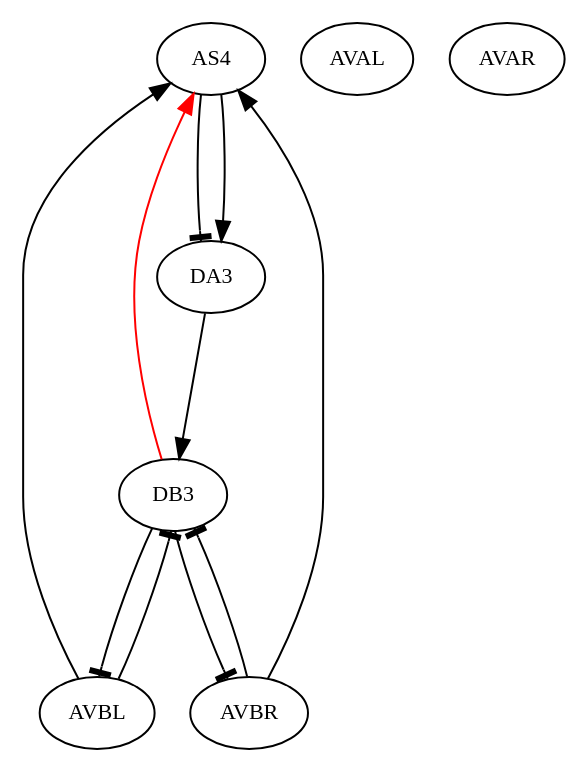
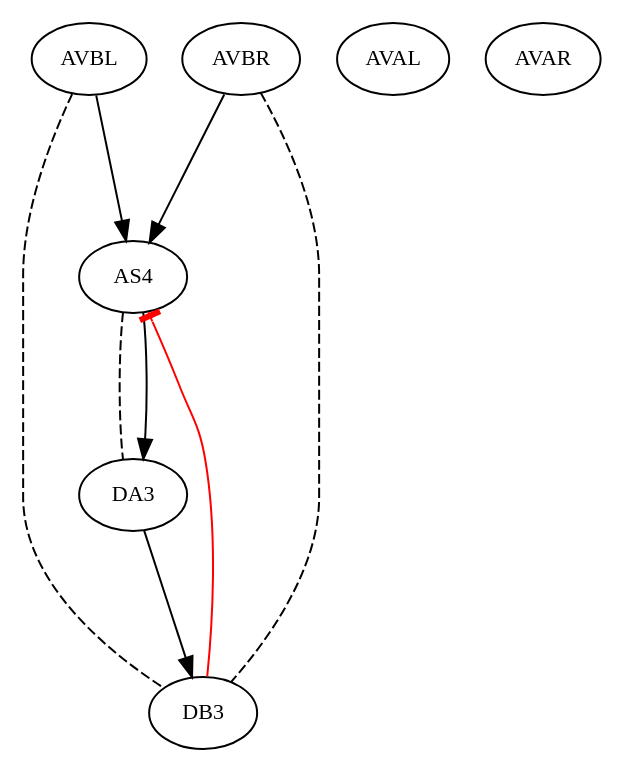
One commit to lungd/nml_to_graph changed the diagram in AS4-DA3-DB3_case23/generated_files/c302_C2_AS4_DA3_DB3.gv. Above: the diagram before and after it, drawn with Graphviz. The commit also changed 4 other files, not shown here.

Commit message:
Add GJ only once. Change inh to red tee arrors, GJ to dashed lines without arrowhead

```diff
--- a/AS4-DA3-DB3_case23/generated_files/c302_C2_AS4_DA3_DB3.gv
+++ b/AS4-DA3-DB3_case23/generated_files/c302_C2_AS4_DA3_DB3.gv
@@ -1,15 +1,13 @@
 digraph exp {
 node [fontsize=11]; AS4; AVAL; AVAR; AVBL; AVBR; DA3; DB3; 
-AVBL -> DB3 [minlen=2 arrowhead="tee"];
-AVBR -> DB3 [minlen=2 arrowhead="tee"];
-DB3 -> AVBL [minlen=2 arrowhead="tee"];
-DB3 -> AVBR [minlen=2 arrowhead="tee"];
-AS4 -> DA3 [minlen=2 arrowhead="tee"];
+AVBL -> DB3 [style="dashed" minlen=2 arrowhead="none"];
+AVBR -> DB3 [style="dashed" minlen=2 arrowhead="none"];
+AS4 -> DA3 [style="dashed" minlen=2 arrowhead="none"];
 AVBL -> AS4 [minlen=2];
 AVBR -> AS4 [minlen=2];
 DA3 -> DB3 [minlen=2];
-DB3 -> AS4 [minlen=2 color=red];
+DB3 -> AS4 [minlen=2 color=red arrowhead="tee"];
 AS4 -> DA3 [minlen=2];
 splines=true;sep="+25,25";overlap=false
 fontsize=12;
 }
```
